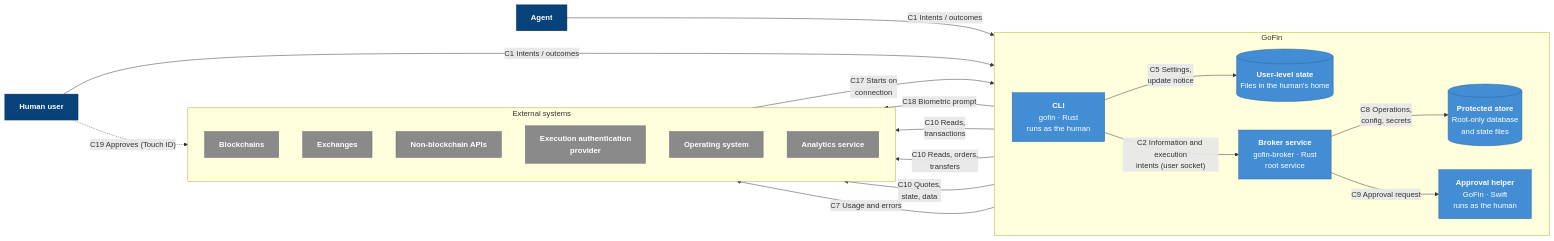
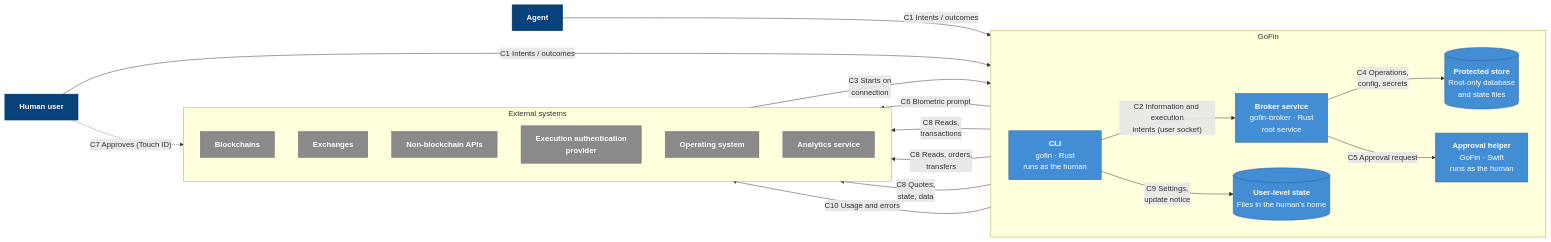
The first of 5 diagrams in docs/architecture/02-containers.md (LimeChain/gofin-cli), drawn with Mermaid before and after one commit. The commit also changed other lines of this file and 9 other files, not shown here.

First line of the commit message:
Add release and signing architecture: signing tool, release builder, verifier library

````diff
--- a/docs/architecture/02-containers.md
+++ b/docs/architecture/02-containers.md
@@ -12,42 +12,42 @@
 ```mermaid
 flowchart LR
   classDef person fill:#08427b,stroke:#052e56,color:#ffffff
   classDef container fill:#438dd5,stroke:#2e6295,color:#ffffff
   classDef external fill:#8a8a8a,stroke:#6b6b6b,color:#ffffff
 
   agent["<b>Agent</b>"]:::person
   human["<b>Human user</b>"]:::person
 
   subgraph gofin["GoFin"]
     direction LR
     cli["<b>CLI</b><br/>gofin · Rust<br/>runs as the human"]:::container
     user_state[("<b>User-level state</b><br/>Files in the human's home")]:::container
     broker["<b>Broker service</b><br/>gofin-broker · Rust<br/>root service"]:::container
     store[("<b>Protected store</b><br/>Root-only database<br/>and state files")]:::container
     approval_helper["<b>Approval helper</b><br/>GoFin · Swift<br/>runs as the human"]:::container
   end
 
   subgraph externals["External systems"]
     direction TB
     chains["<b>Blockchains</b>"]:::external
     exchanges["<b>Exchanges</b>"]:::external
     apis["<b>Non-blockchain APIs</b>"]:::external
     auth["<b>Execution authentication<br/>provider</b>"]:::external
     os["<b>Operating system</b>"]:::external
     analytics["<b>Analytics service</b>"]:::external
   end
 
   agent -- "C1 Intents / outcomes" --> cli
   human -- "C1 Intents / outcomes" --> cli
-  cli -- "C5 Settings,<br/>update notice" --> user_state
   cli -- "C2 Information and execution<br/>intents (user socket)" --> broker
-  broker -- "C8 Operations,<br/>config, secrets" --> store
-  broker -- "C9 Approval request" --> approval_helper
-  approval_helper -- "C18 Biometric prompt" --> auth
-  broker -- "C10 Reads,<br/>transactions" --> chains
-  broker -- "C10 Reads, orders,<br/>transfers" --> exchanges
-  broker -- "C10 Quotes,<br/>state, data" --> apis
-  os -- "C17 Starts on<br/>connection" --> broker
-  broker -- "C7 Usage and errors" --> analytics
-  human -. "C19 Approves (Touch ID)" .-> auth
+  os -- "C3 Starts on<br/>connection" --> broker
+  broker -- "C4 Operations,<br/>config, secrets" --> store
+  broker -- "C5 Approval request" --> approval_helper
+  approval_helper -- "C6 Biometric prompt" --> auth
+  human -. "C7 Approves (Touch ID)" .-> auth
+  broker -- "C8 Reads,<br/>transactions" --> chains
+  broker -- "C8 Reads, orders,<br/>transfers" --> exchanges
+  broker -- "C8 Quotes,<br/>state, data" --> apis
+  cli -- "C9 Settings,<br/>update notice" --> user_state
+  broker -- "C10 Usage and errors" --> analytics
 ```
````
